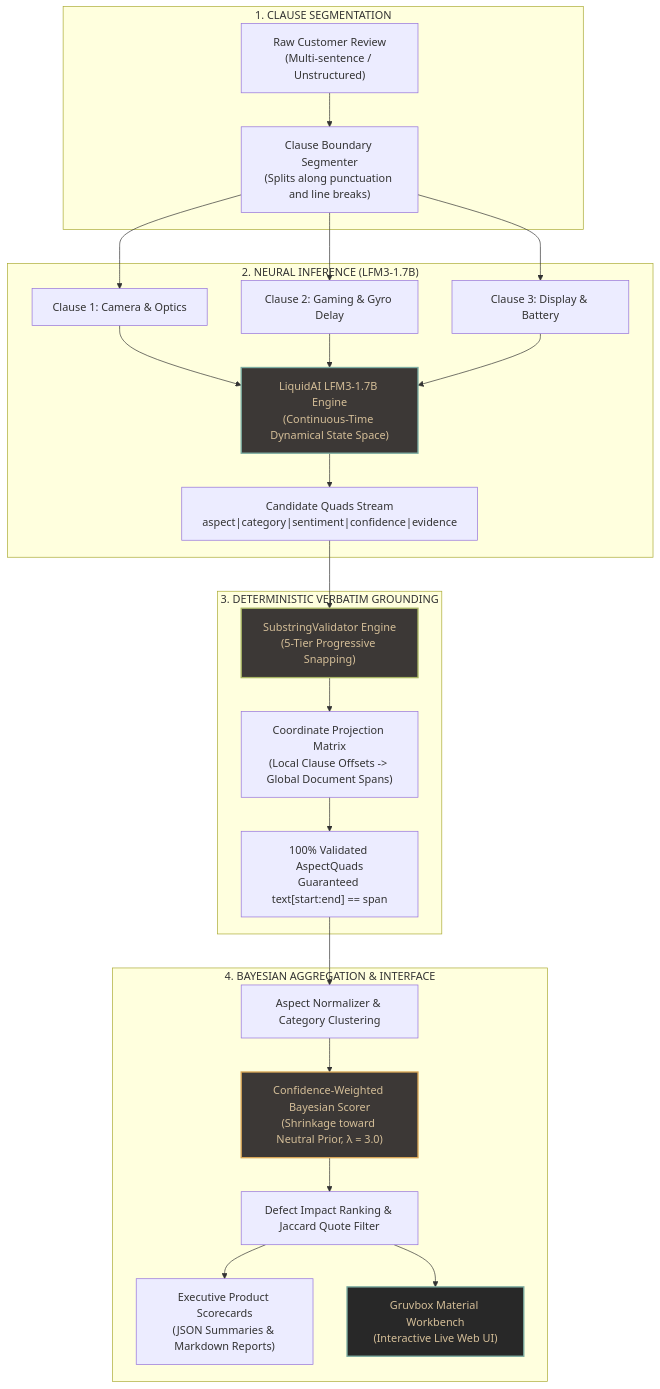
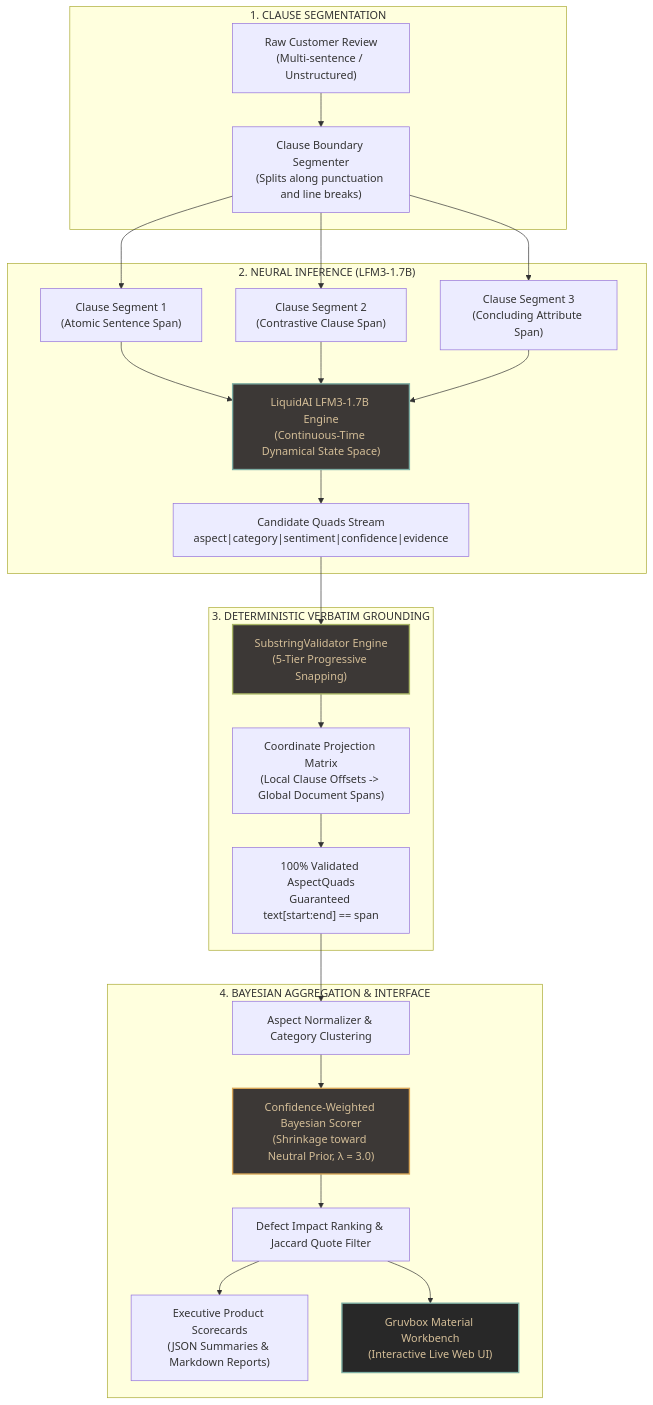
One commit to parth-sarthi-code/ProductLens-Sentiment changed the diagram in README.md. Above: the diagram before and after it, drawn with Mermaid. The commit also changed 1 other file, not shown here.

Commit message:
docs: make architecture diagram clause nodes generic rather than example-specific

````diff
--- a/README.md
+++ b/README.md
@@ -51,39 +51,39 @@
 ```mermaid
 flowchart TD
     subgraph S1 ["1. CLAUSE SEGMENTATION"]
         RAW["Raw Customer Review\n(Multi-sentence / Unstructured)"]
         SPLIT["Clause Boundary Segmenter\n(Splits along punctuation and line breaks)"]
         RAW --> SPLIT
     end
 
     subgraph S2 ["2. NEURAL INFERENCE (LFM3-1.7B)"]
-        SPLIT --> C1["Clause 1: Camera & Optics"]
-        SPLIT --> C2["Clause 2: Gaming & Gyro Delay"]
-        SPLIT --> C3["Clause 3: Display & Battery"]
+        SPLIT --> C1["Clause Segment 1\n(Atomic Sentence Span)"]
+        SPLIT --> C2["Clause Segment 2\n(Contrastive Clause Span)"]
+        SPLIT --> C3["Clause Segment 3\n(Concluding Attribute Span)"]
         
         C1 --> LFM["LiquidAI LFM3-1.7B Engine\n(Continuous-Time Dynamical State Space)"]
         C2 --> LFM
         C3 --> LFM
         
         LFM --> TOK["Candidate Quads Stream\naspect|category|sentiment|confidence|evidence"]
     end
 
     subgraph S3 ["3. DETERMINISTIC VERBATIM GROUNDING"]
         TOK --> VAL["SubstringValidator Engine\n(5-Tier Progressive Snapping)"]
         VAL --> PROJ["Coordinate Projection Matrix\n(Local Clause Offsets -> Global Document Spans)"]
         PROJ --> VERIF["100% Validated AspectQuads\nGuaranteed text[start:end] == span"]
     end
 
     subgraph S4 ["4. BAYESIAN AGGREGATION & INTERFACE"]
         VERIF --> NORM["Aspect Normalizer & Category Clustering"]
         NORM --> BAYES["Confidence-Weighted Bayesian Scorer\n(Shrinkage toward Neutral Prior, λ = 3.0)"]
         BAYES --> RANK["Defect Impact Ranking & Jaccard Quote Filter"]
         RANK --> REP["Executive Product Scorecards\n(JSON Summaries & Markdown Reports)"]
         RANK --> UI["Gruvbox Material Workbench\n(Interactive Live Web UI)"]
     end
 
     style LFM fill:#3c3836,stroke:#7daea3,stroke-width:2px,color:#d4be98
     style VAL fill:#3c3836,stroke:#a9b665,stroke-width:2px,color:#d4be98
     style BAYES fill:#3c3836,stroke:#d8a657,stroke-width:2px,color:#d4be98
     style UI fill:#282828,stroke:#7daea3,stroke-width:2px,color:#d4be98
 ```
````
